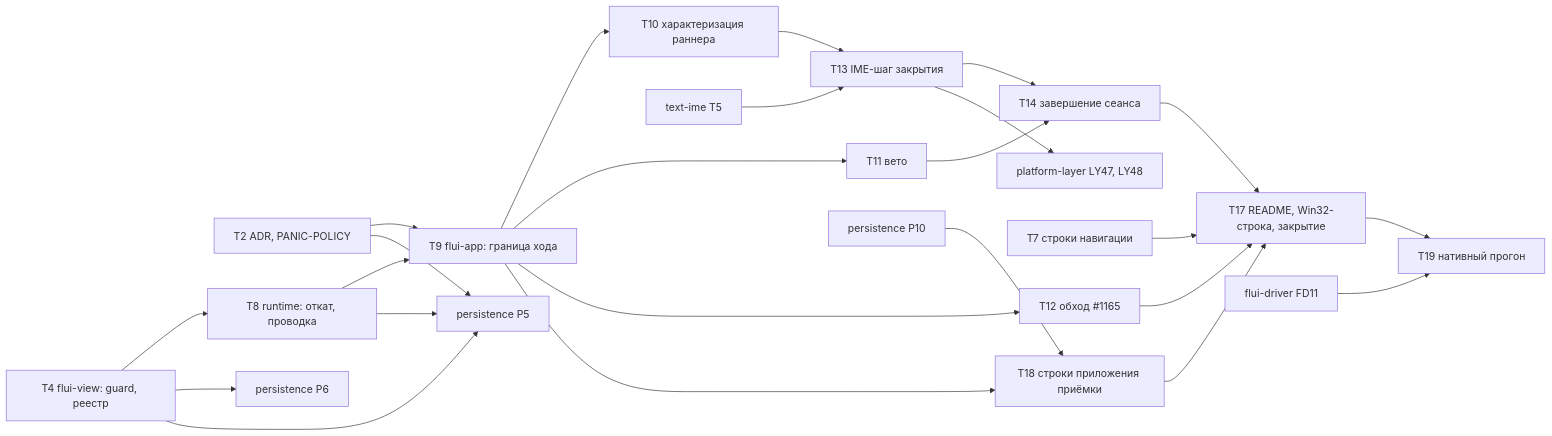
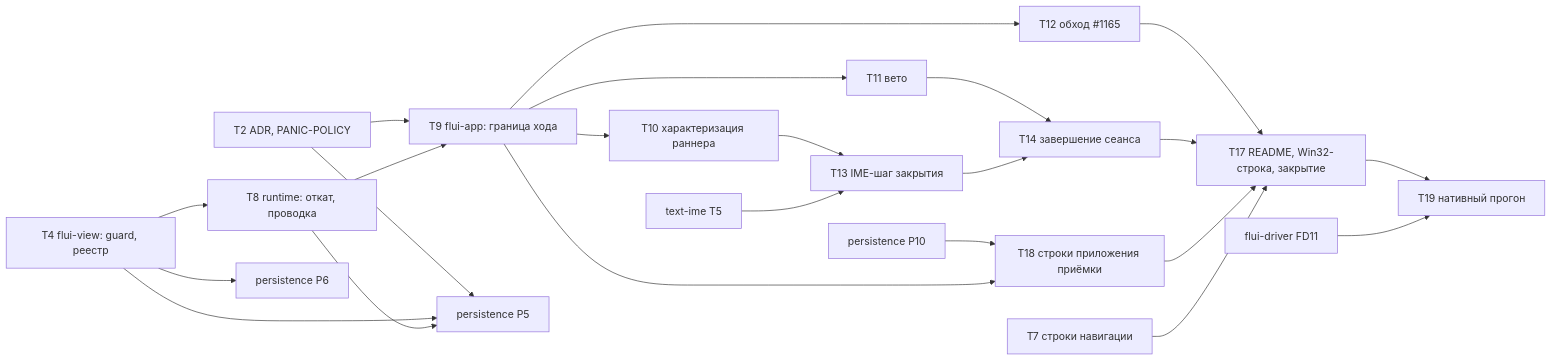
The diagram in docs/plans/specs/teardown/tasks.md (vanyastaff/flui), drawn with Mermaid before and after one commit. The commit also changed other lines of this file and 23 other files, not shown here.

````diff
--- a/docs/plans/specs/teardown/tasks.md
+++ b/docs/plans/specs/teardown/tasks.md
@@ -55,16 +55,15 @@
 ```mermaid
 graph LR
   T2["T2 ADR, PANIC-POLICY"]
   T4["T4 flui-view: guard, реестр"] --> T8["T8 runtime: откат, проводка"]
   T2 & T8 --> T9["T9 flui-app: граница хода"]
   T9 --> T10["T10 характеризация раннера"] & T11["T11 вето"] & T12["T12 обход #1165"]
   T10 & TI5["text-ime T5"] --> T13["T13 IME-шаг закрытия"]
   T11 & T13 --> T14["T14 завершение сеанса"]
   T7["T7 строки навигации"]
   P10["persistence P10"] & T9 --> T18["T18 строки приложения приёмки"]
   T12 & T14 & T18 & T7 --> T17["T17 README, Win32-строка, закрытие"]
   T17 & FD11["flui-driver FD11"] --> T19["T19 нативный прогон"]
   T4 --> P6["persistence P6"]
   T2 & T4 & T8 --> P5["persistence P5"]
-  T13 --> LY47["platform-layer LY47, LY48"]
 ```
````
